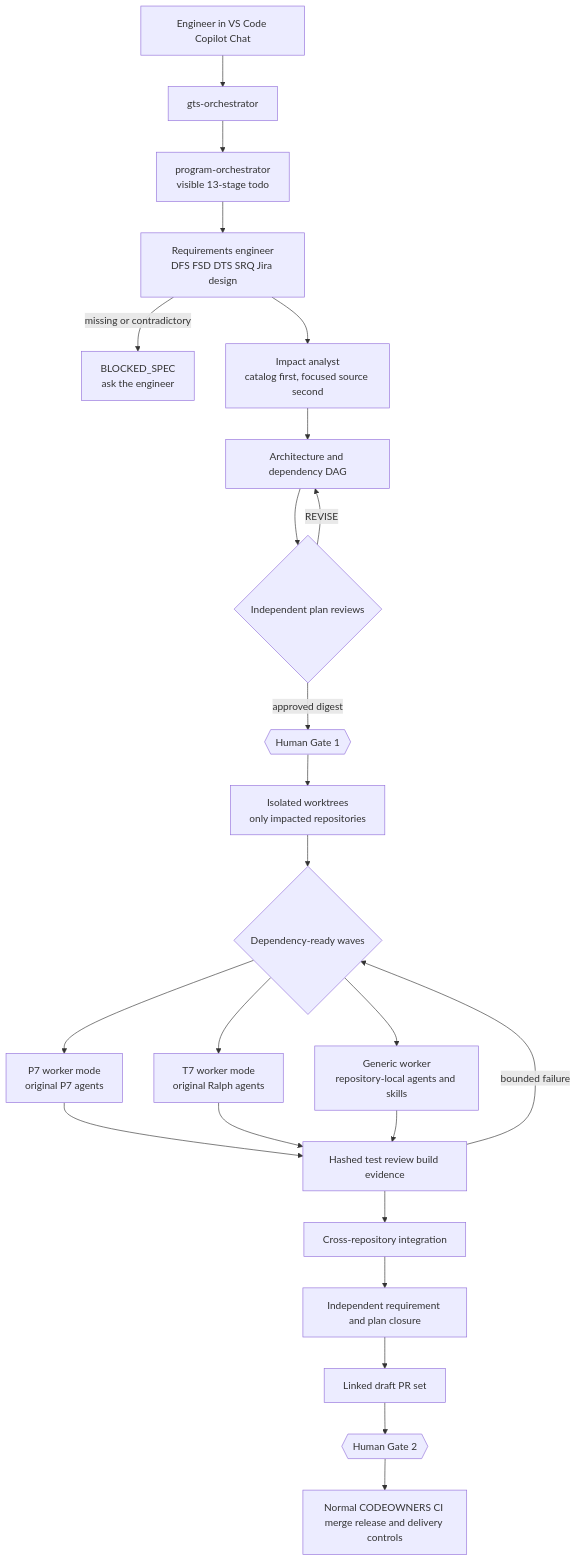
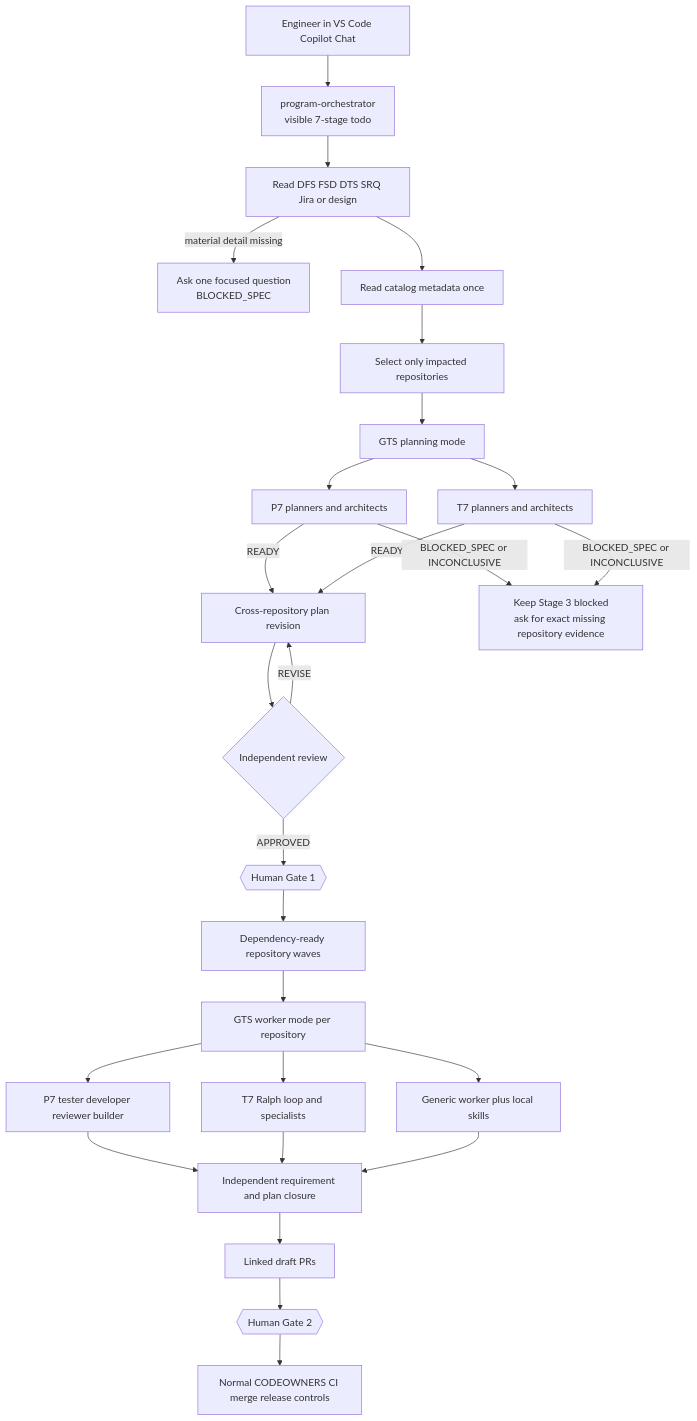
One commit to praveenkumar91/gts-ai-sdlc-control-center changed the diagram in README.md. Above: the diagram before and after it, drawn with Mermaid. The commit also changed other lines of this file and 31 other files, not shown here.

````diff
--- a/README.md
+++ b/README.md
@@ -75,26 +76,29 @@
 ```mermaid
 flowchart TD
-    U[Engineer in VS Code Copilot Chat] --> G[gts-orchestrator]
-    G --> P[program-orchestrator<br/>visible 13-stage todo]
-    P --> R[Requirements engineer<br/>DFS FSD DTS SRQ Jira design]
-    R -->|missing or contradictory| B[BLOCKED_SPEC<br/>ask the engineer]
-    R --> I[Impact analyst<br/>catalog first, focused source second]
-    I --> A[Architecture and dependency DAG]
-    A --> V{Independent plan reviews}
-    V -->|REVISE| A
-    V -->|approved digest| H1{{Human Gate 1}}
-    H1 --> W[Isolated worktrees<br/>only impacted repositories]
-    W --> D{Dependency-ready waves}
-    D --> P7[P7 worker mode<br/>original P7 agents]
-    D --> T7[T7 worker mode<br/>original Ralph agents]
-    D --> X[Generic worker<br/>repository-local agents and skills]
-    P7 --> E[Hashed test review build evidence]
-    T7 --> E
-    X --> E
-    E -->|bounded failure| D
-    E --> INT[Cross-repository integration]
-    INT --> C[Independent requirement and plan closure]
-    C --> PR[Linked draft PR set]
+    U[Engineer in VS Code Copilot Chat] --> P[program-orchestrator<br/>visible 7-stage todo]
+    P --> R[Read DFS FSD DTS SRQ Jira or design]
+    R -->|material detail missing| Q[Ask one focused question<br/>BLOCKED_SPEC]
+    R --> C[Read catalog metadata once]
+    C --> I[Select only impacted repositories]
+    I --> G1[GTS planning mode]
+    G1 --> P7P[P7 planners and architects]
+    G1 --> T7P[T7 planners and architects]
+    P7P -->|READY| PLAN[Cross-repository plan revision]
+    T7P -->|READY| PLAN
+    P7P -->|BLOCKED_SPEC or INCONCLUSIVE| B[Keep Stage 3 blocked<br/>ask for exact missing repository evidence]
+    T7P -->|BLOCKED_SPEC or INCONCLUSIVE| B
+    PLAN --> REV{Independent review}
+    REV -->|REVISE| PLAN
+    REV -->|APPROVED| H1{{Human Gate 1}}
+    H1 --> WAVES[Dependency-ready repository waves]
+    WAVES --> G2[GTS worker mode per repository]
+    G2 --> P7[P7 tester developer reviewer builder]
+    G2 --> T7[T7 Ralph loop and specialists]
+    G2 --> X[Generic worker plus local skills]
+    P7 --> CLOSE[Independent requirement and plan closure]
+    T7 --> CLOSE
+    X --> CLOSE
+    CLOSE --> PR[Linked draft PRs]
     PR --> H2{{Human Gate 2}}
-    H2 --> M[Normal CODEOWNERS CI merge release and delivery controls]
+    H2 --> GOV[Normal CODEOWNERS CI merge release controls]
 ```
````
